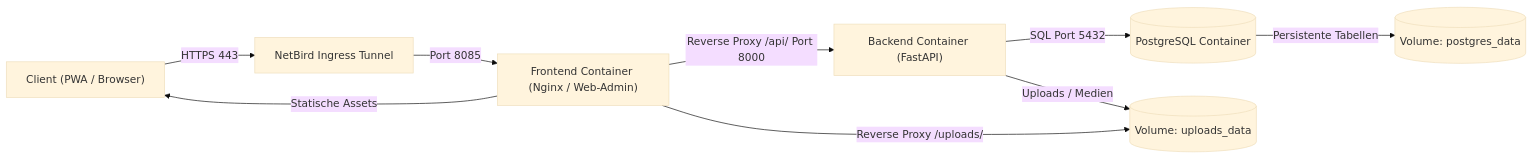
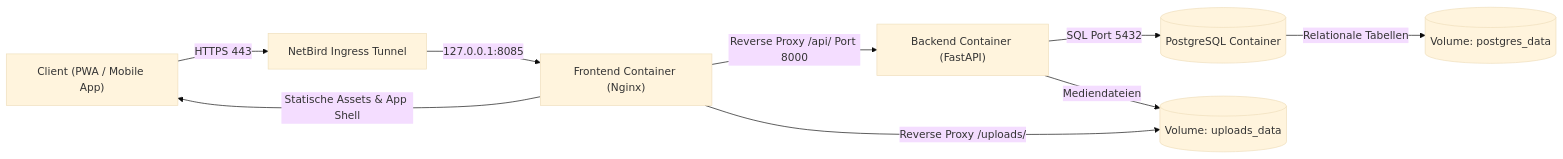
One commit to Pascal-Thommen/pascal-thommen.github.io changed the diagram in content/posts/upa-campus-app-architecture/index.de.md. Above: the diagram before and after it, drawn with Mermaid (base theme). The commit also changed other lines of this file and 20 other files, not shown here.

Commit message:
feat(posts): refine UPA Campus App architecture series with holistic webapp mental model and specification depth

````diff
--- a/content/posts/upa-campus-app-architecture/index.de.md
+++ b/content/posts/upa-campus-app-architecture/index.de.md
@@ -36,11 +36,11 @@
 ```mermaid
 flowchart LR
-    Client["Client (PWA / Browser)"] -->|HTTPS 443| NetBird["NetBird Ingress Tunnel"]
-    NetBird -->|Port 8085| Nginx["Frontend Container (Nginx / Web-Admin)"]
-    Nginx -->|Statische Assets| Client
+    Client["Client (PWA / Mobile App)"] -->|HTTPS 443| NetBird["NetBird Ingress Tunnel"]
+    NetBird -->|127.0.0.1:8085| Nginx["Frontend Container (Nginx)"]
+    Nginx -->|Statische Assets & App Shell| Client
     Nginx -->|Reverse Proxy /api/ Port 8000| Backend["Backend Container (FastAPI)"]
     Backend -->|SQL Port 5432| DB[("PostgreSQL Container")]
-    DB -->|Persistente Tabellen| VolDB[("Volume: postgres_data")]
-    Backend -->|Uploads / Medien| VolMedia[("Volume: uploads_data")]
+    DB -->|Relationale Tabellen| VolDB[("Volume: postgres_data")]
+    Backend -->|Mediendateien| VolMedia[("Volume: uploads_data")]
     Nginx -->|Reverse Proxy /uploads/| VolMedia
 ```
````
